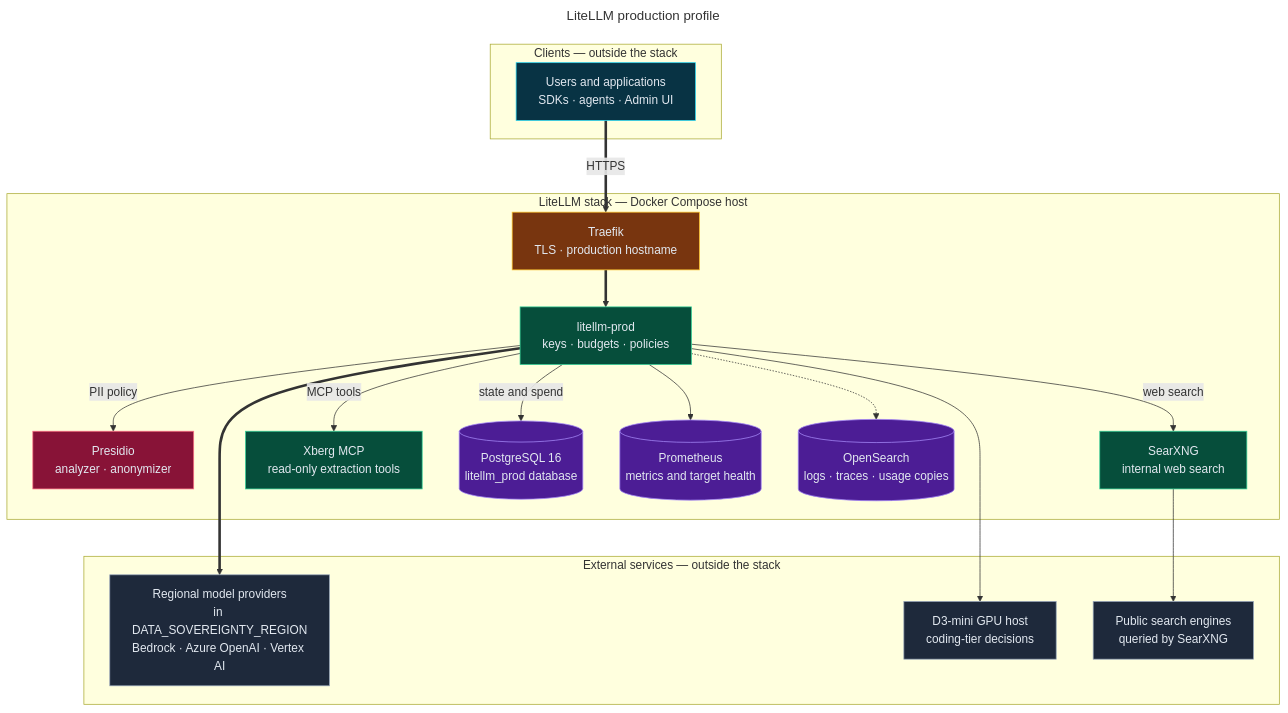
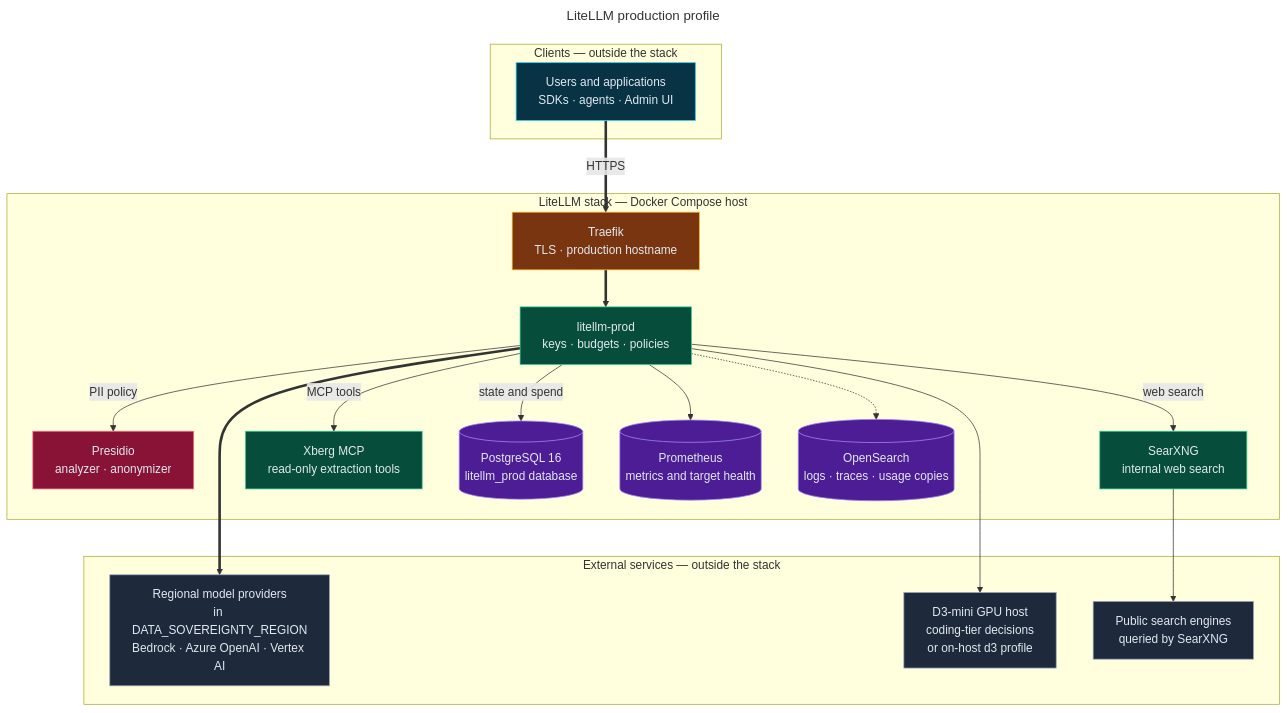
The diagram in diagrams/21-prod-profile.mmd (bella-1337/effective-spoon), drawn with Mermaid before and after one commit. The commit also changed 28 other files, not shown here.

```diff
--- a/diagrams/21-prod-profile.mmd
+++ b/diagrams/21-prod-profile.mmd
@@ -1,52 +1,52 @@
 ---
 title: LiteLLM production profile
 ---
 flowchart TD
   %% Source for 21-prod-profile.html. Edit this file, then run ./scripts/render-diagrams.py.
   %% Directives: docs in diagrams/README.md (Updating diagrams).
   %% @mode architecture
   %% @subtitle Stable production serving with PII controls, isolated state, the region-locked providers, tools, and default observability
-  %% @card cyan | Request path | Clients reach litellm-prod only through Traefik on the production hostname | The eu-data-protection policy applies Presidio before and after every model call | coding-router asks the remote D3-mini host for a tier, then calls that tier's model from .env
+  %% @card cyan | Request path | Clients reach litellm-prod only through Traefik on the production hostname | The eu-data-protection policy applies Presidio before and after every model call | coding-router asks D3-mini for a tier (remote GPU host, or this host with the d3 profile), then calls that tier's model from .env
   %% @card violet | State and telemetry | litellm_prod keeps keys, budgets, and spend without prompt content | Prometheus scrapes metrics; OpenSearch stores logs, traces, and usage copies | Langfuse, Lens, and Grafana are optional profiles, not part of the default path
   %% @card rose | Production limits | No Qdrant cache, pgvector store, or BGE-M3 embeddings in production | Xberg reaches the Internet only through the Squid allowlist | The Chat UI is disabled; the demo profile seeds data only when explicitly enabled
   %% @journey #22d3ee: USR TR LP EUP
   %% @journey #fb7185: LP PR
   %% @journey #fb923c: LP OS
 
   subgraph CL["Clients — outside the stack"]
     USR["Users and applications<br/>SDKs · agents · Admin UI"]:::frontend
   end
   subgraph ST["LiteLLM stack — Docker Compose host"]
     TR["Traefik<br/>TLS · production hostname"]:::cloud
     LP["litellm-prod<br/>keys · budgets · policies"]:::backend
     PR["Presidio<br/>analyzer · anonymizer"]:::security
     SX["SearXNG<br/>internal web search"]:::backend
     XB["Xberg MCP<br/>read-only extraction tools"]:::backend
     PG[("PostgreSQL 16<br/>litellm_prod database")]:::database
     PM[("Prometheus<br/>metrics and target health")]:::database
     OS[("OpenSearch<br/>logs · traces · usage copies")]:::database
   end
   subgraph EX["External services — outside the stack"]
     EUP["Regional model providers<br/>in DATA_SOVEREIGNTY_REGION<br/>Bedrock · Azure OpenAI · Vertex AI"]:::external
-    D3["D3-mini GPU host<br/>coding-tier decisions"]:::external
+    D3["D3-mini GPU host<br/>coding-tier decisions<br/>or on-host d3 profile"]:::external
     SE["Public search engines<br/>queried by SearXNG"]:::external
   end
 
   USR ==>|"HTTPS"| TR
   TR ==> LP
   LP -->|"PII policy"| PR
   LP -->|"web search"| SX
   LP -->|"MCP tools"| XB
   LP -->|"state and spend"| PG
   LP --> PM
   LP -.-> OS
   LP ==> EUP
   LP --> D3
   SX --> SE
 
   classDef backend fill:#064e3b,stroke:#34d399,color:#e2e8f0
   classDef cloud fill:#78350f,stroke:#fbbf24,color:#e2e8f0
   classDef database fill:#4c1d95,stroke:#a78bfa,color:#e2e8f0
   classDef external fill:#1e293b,stroke:#94a3b8,color:#e2e8f0
   classDef frontend fill:#083344,stroke:#22d3ee,color:#e2e8f0
   classDef security fill:#881337,stroke:#fb7185,color:#e2e8f0
```
